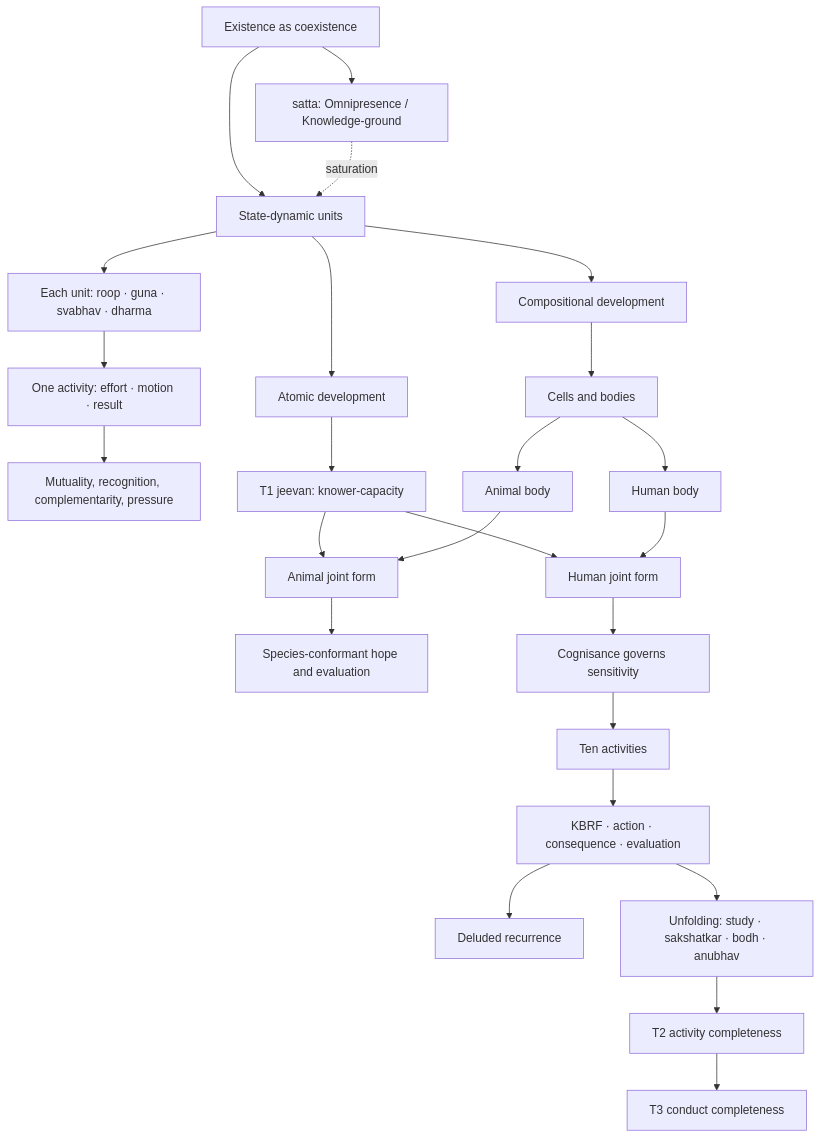
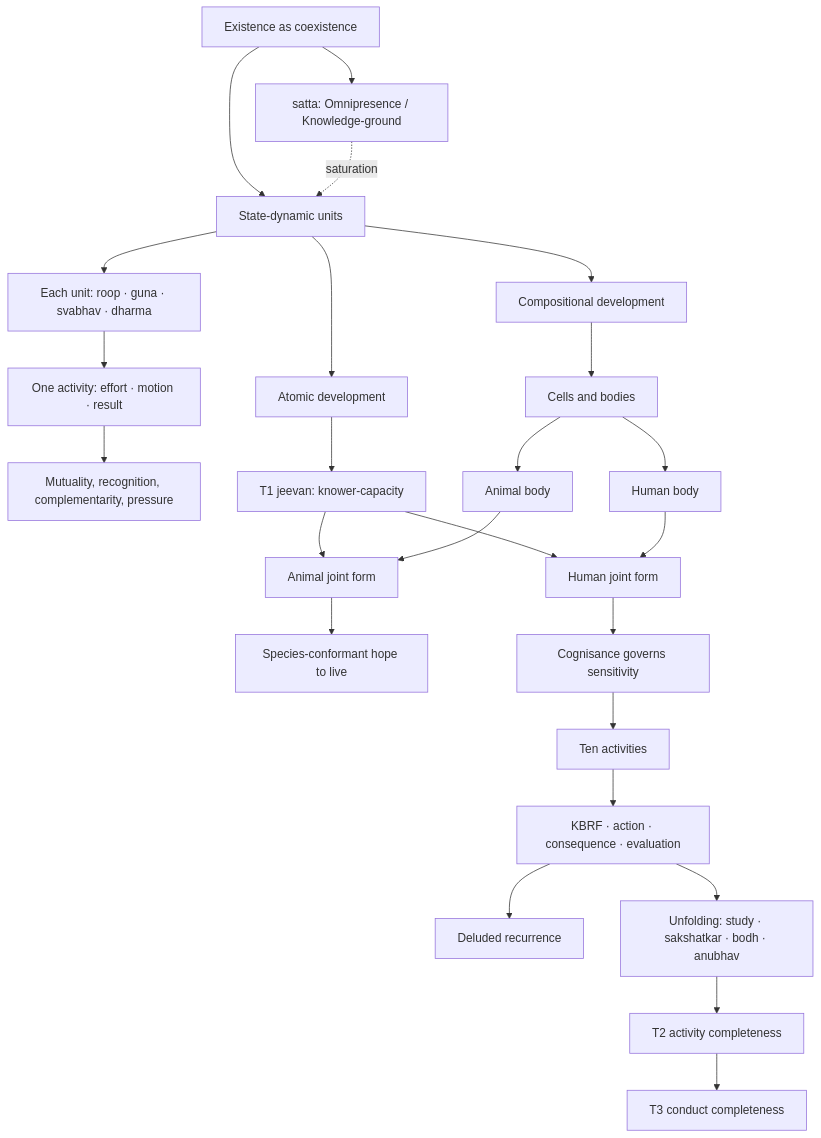
The first of 7 diagrams in Studies/A-State-Dynamic-Model-Of-Coexistence/A-State-Dynamic-Model-Of-Coexistence.md (raghavamohan/AnalyticMadhyasthDarshan), drawn with Mermaid before and after one commit. The commit also changed other lines of this file and 9 other files, not shown here.

````diff
--- a/Studies/A-State-Dynamic-Model-Of-Coexistence/A-State-Dynamic-Model-Of-Coexistence.md
+++ b/Studies/A-State-Dynamic-Model-Of-Coexistence/A-State-Dynamic-Model-Of-Coexistence.md
@@ -22,30 +20,30 @@
 ```mermaid
 flowchart TD
     E["Existence as coexistence"] --> O["satta: Omnipresence / Knowledge-ground"]
     E --> U["State-dynamic units"]
     O -.->|"saturation"| U
     U --> ONE["Each unit: roop · guna · svabhav · dharma"]
     ONE --> EMR["One activity: effort · motion · result"]
     EMR --> MUT["Mutuality, recognition, complementarity, pressure"]
 
     U --> CL["Compositional development"]
     CL --> BIO["Cells and bodies"]
     U --> AL["Atomic development"]
     AL --> T1["T1 jeevan: knower-capacity"]
     BIO --> AB["Animal body"]
     BIO --> HB["Human body"]
     T1 --> AJ["Animal joint form"]
     T1 --> HJ["Human joint form"]
     AB --> AJ
     HB --> HJ
 
-    AJ --> AE["Species-conformant hope and evaluation"]
+    AJ --> AE["Species-conformant hope to live"]
 
     HJ --> COG["Cognisance governs sensitivity"]
     COG --> HF["Ten activities"]
     HF --> REC["KBRF · action · consequence · evaluation"]
     REC --> DEL["Deluded recurrence"]
     REC --> AW["Unfolding: study · sakshatkar · bodh · anubhav"]
     AW --> T2["T2 activity completeness"]
     T2 --> T3["T3 conduct completeness"]
 ```
````
